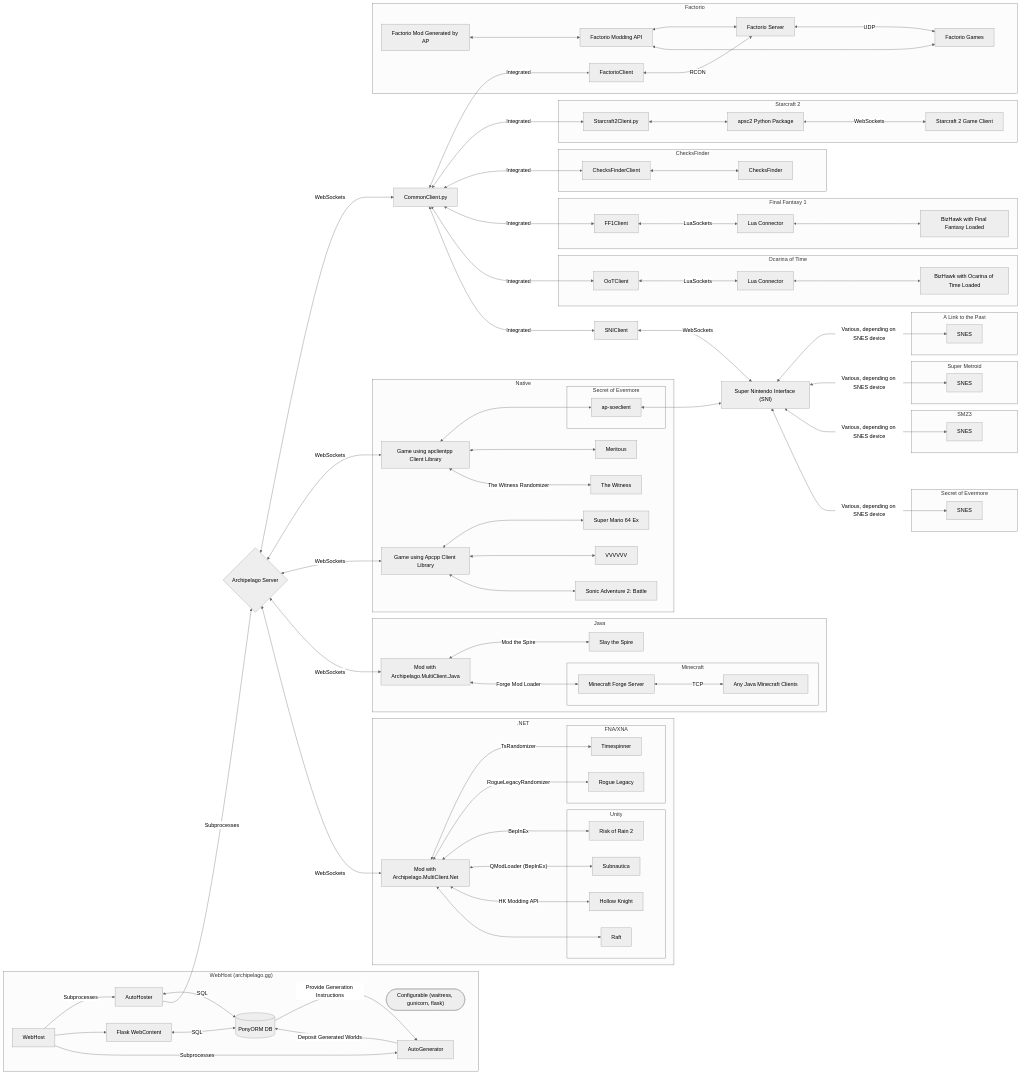
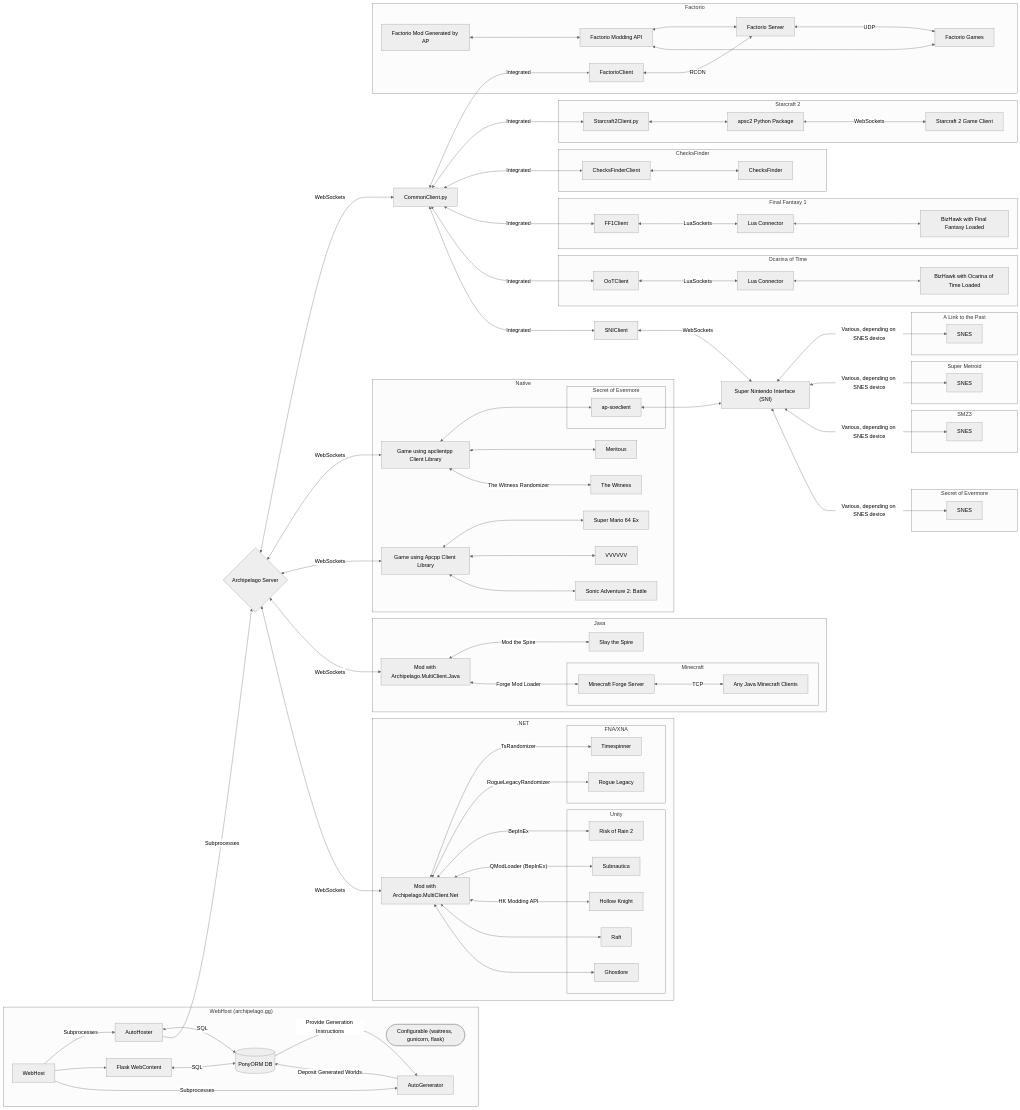
Before and after one commit to ChromeWing/Ghostlore-Archipelago: the diagram in docs/network diagram.md, drawn with Mermaid (neutral theme). The commit also changed 5 other files, not shown here.

```diff
--- a/docs/network diagram.md
+++ b/docs/network diagram.md
@@ -122,11 +122,13 @@
             SN[Subnautica]
             HK[Hollow Knight]
             R[Raft]
+            GL[Ghostlore]
         end
         NM <-- BepInEx --> ROR
         NM <-- "QModLoader (BepInEx)" --> SN
         NM <-- HK Modding API --> HK
         NM <--> R
+        NM <--> GL
     end
     AS <-- WebSockets --> NM
 
```
